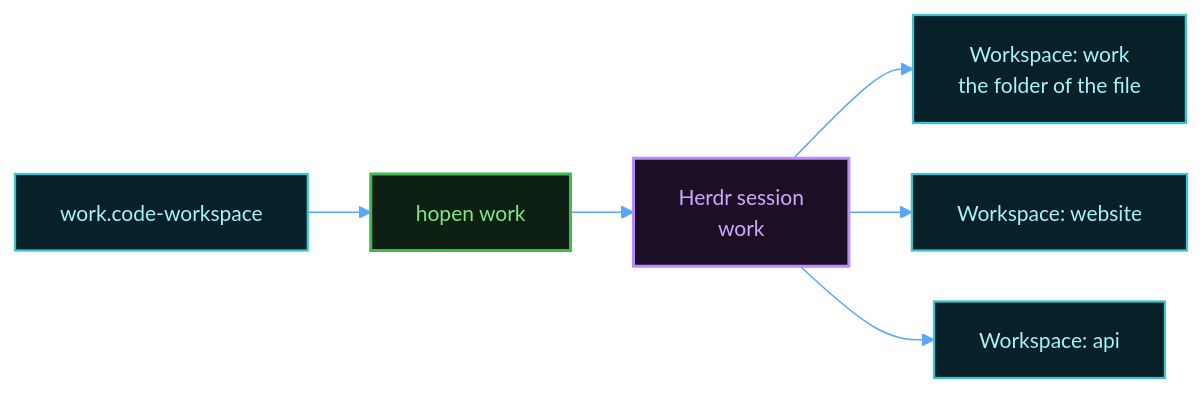
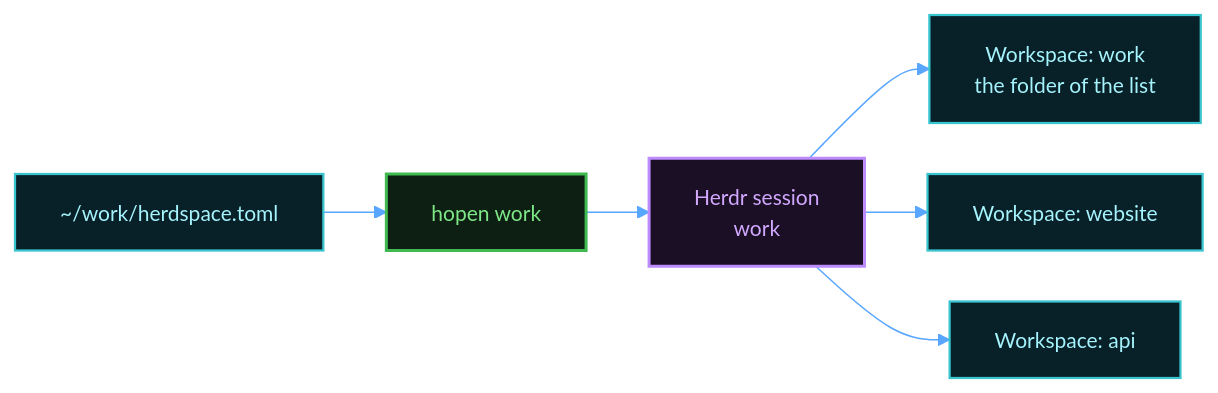
Before and after one commit to MussaCharles/herdspace: the diagram in docs/hopen.md, drawn with Mermaid. The commit also changed other lines of this file and 13 other files, not shown here.

First line of the commit message:
Put herdspace.toml first in the docs, and add test sandboxes

````diff
--- a/docs/hopen.md
+++ b/docs/hopen.md
@@ -9,22 +9,22 @@
 ```mermaid
 %%{init: {'theme': 'base', 'themeVariables': {
   'fontFamily': 'Menlo, Consolas, Courier New, monospace', 'fontSize': '14px',
   'primaryColor': '#0d1117', 'primaryTextColor': '#e6edf3', 'primaryBorderColor': '#3fb950',
   'textColor': '#e6edf3', 'lineColor': '#58a6ff', 'secondaryColor': '#161b22', 'tertiaryColor': '#0d1117',
   'edgeLabelBackground': '#0b0f14', 'clusterBkg': '#0b0f14', 'clusterBorder': '#30363d', 'titleColor': '#d2a8ff',
   'actorBkg': '#0d1f12', 'actorBorder': '#3fb950', 'actorTextColor': '#7ee787', 'actorLineColor': '#30363d',
   'signalColor': '#58a6ff', 'signalTextColor': '#e6edf3', 'sequenceNumberColor': '#0b0f14'
 }, 'flowchart': {'curve': 'basis', 'nodeSpacing': 34, 'rankSpacing': 42, 'wrappingWidth': 340}}}%%
 flowchart LR
   classDef cmd fill:#0d1f12,stroke:#3fb950,stroke-width:2px,color:#7ee787
   classDef step fill:#0d1117,stroke:#58a6ff,stroke-width:1.5px,color:#c9e1ff
   classDef ask fill:#2a2000,stroke:#e3b341,stroke-width:2px,color:#f2cc60
   classDef host fill:#1a0f24,stroke:#bc8cff,stroke-width:2px,color:#d2a8ff
   classDef data fill:#082028,stroke:#39c5cf,stroke-width:1.5px,color:#a5f3fc
   classDef stop fill:#2a0f12,stroke:#ff7b72,stroke-width:2px,color:#ffa198
-  file["work.code-workspace"]:::data --> hopen["hopen work"]:::cmd
+  file["~/work/herdspace.toml"]:::data --> hopen["hopen work"]:::cmd
   hopen --> session["Herdr session<br/>work"]:::host
-  session --> root["Workspace: work<br/>the folder of the file"]:::data
+  session --> root["Workspace: work<br/>the folder of the list"]:::data
   session --> w1["Workspace: website"]:::data
   session --> w2["Workspace: api"]:::data
 ```
````
